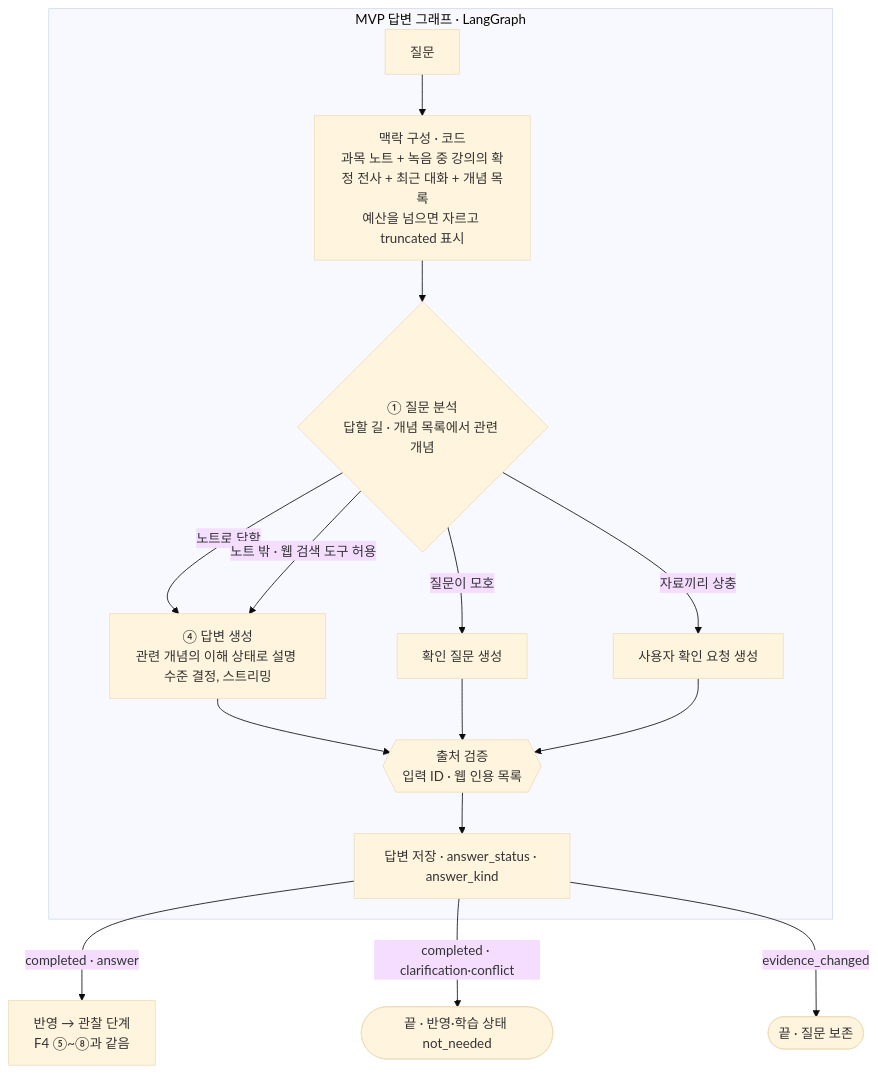
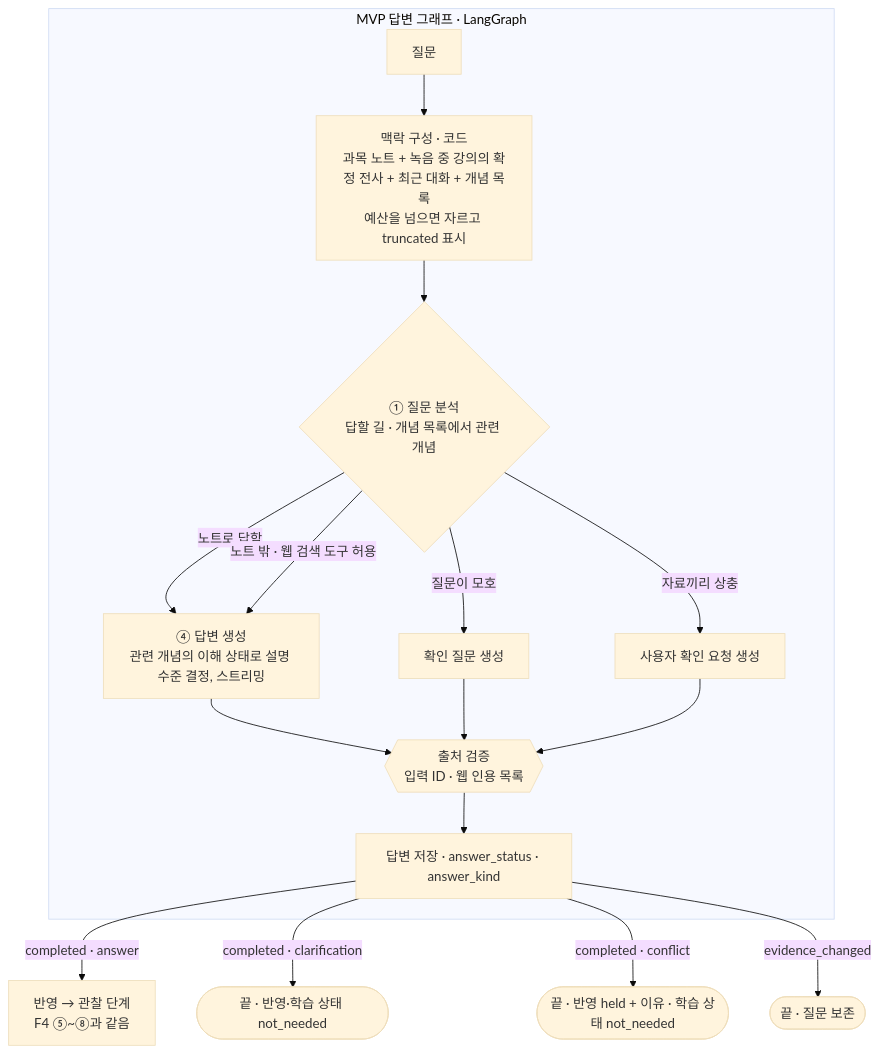
One commit to MinGyu-Kim0/notree changed the diagram in docs/schema-mvp.md. Above: the diagram before and after it, drawn with Mermaid (base theme). The commit also changed 3 other files, not shown here.

````diff
--- a/docs/schema-mvp.md
+++ b/docs/schema-mvp.md
@@ -74,16 +74,17 @@
 ```mermaid
 flowchart TB
   subgraph QA_GRAPH[MVP 답변 그래프 · LangGraph]
   Q[질문] --> CTX[맥락 구성 · 코드<br/>과목 노트 + 녹음 중 강의의 확정 전사 + 최근 대화 + 개념 목록<br/>예산을 넘으면 자르고 truncated 표시]
   CTX --> AN{① 질문 분석<br/>답할 길 · 개념 목록에서 관련 개념}
   AN -- 노트로 답함 --> ANS[④ 답변 생성<br/>관련 개념의 이해 상태로 설명 수준 결정, 스트리밍]
   AN -- 노트 밖 · 웹 검색 도구 허용 --> ANS
   AN -- 질문이 모호 --> CLR[확인 질문 생성]
   AN -- 자료끼리 상충 --> CON[사용자 확인 요청 생성]
   ANS & CLR & CON --> VAL{{출처 검증<br/>입력 ID · 웹 인용 목록}}
   VAL --> SAVE[답변 저장 · answer_status · answer_kind]
   end
   SAVE -- completed · answer --> AFTER[반영 → 관찰 단계<br/>F4 ⑤~⑧과 같음]
-  SAVE -- completed · clarification·conflict --> END2([끝 · 반영·학습 상태 not_needed])
+  SAVE -- completed · clarification --> END2([끝 · 반영·학습 상태 not_needed])
+  SAVE -- completed · conflict --> END3([끝 · 반영 held + 이유 · 학습 상태 not_needed])
   SAVE -- evidence_changed --> END1([끝 · 질문 보존])
 ```
````
